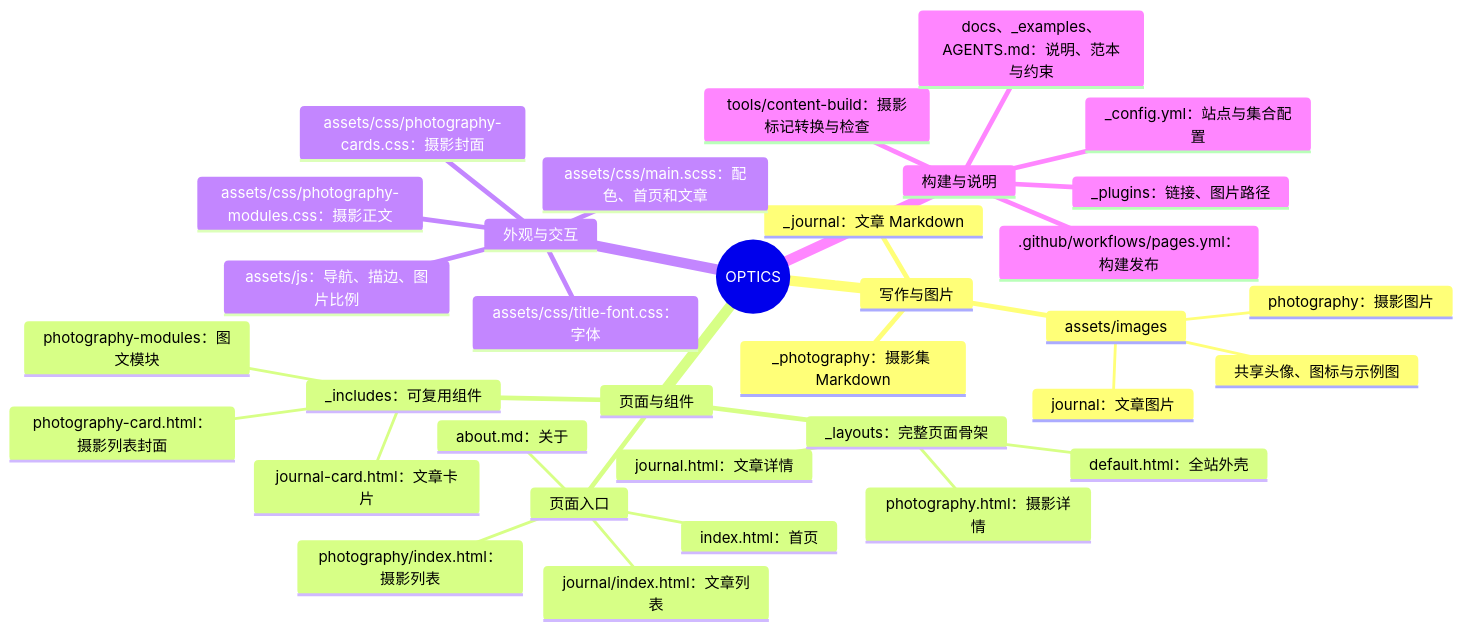
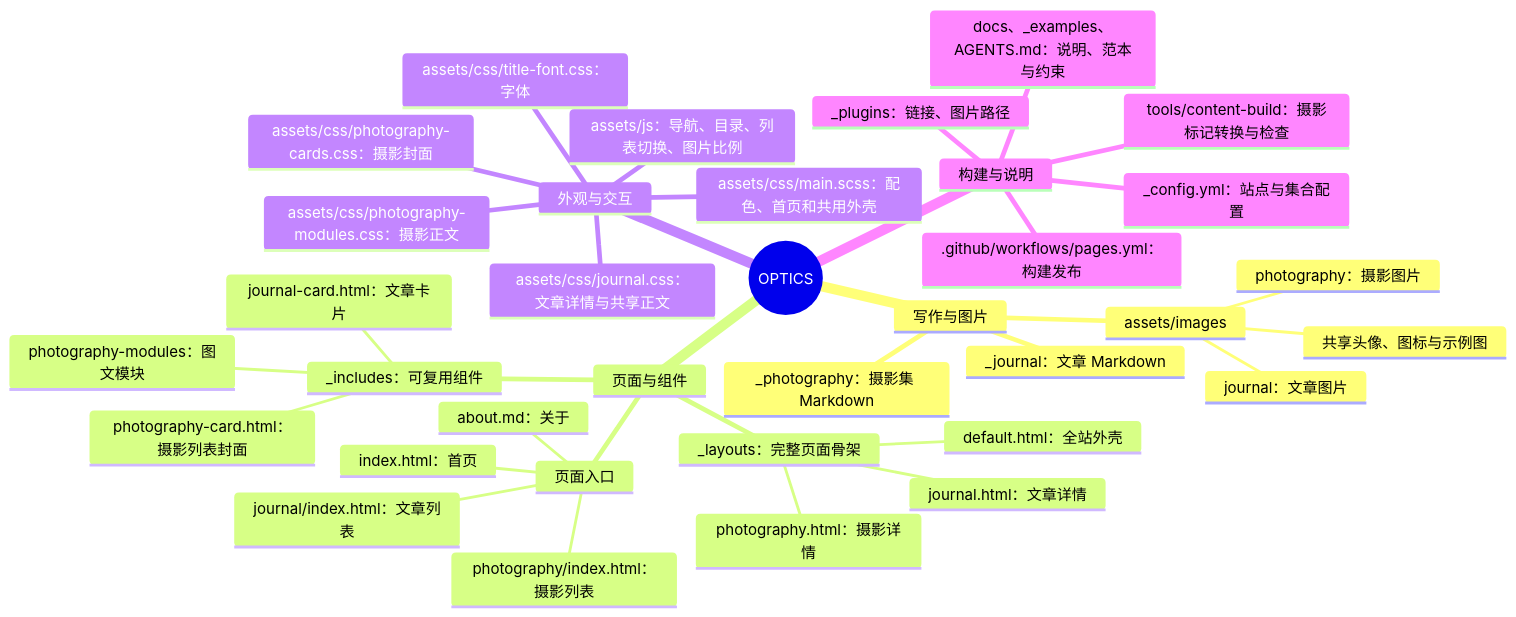
One commit to Vio1331/Vio1331.github.io changed the diagram in docs/CODE_MAP.md. Above: the diagram before and after it, drawn with Mermaid. The commit also changed other lines of this file and 36 other files, not shown here.

````diff
--- a/docs/CODE_MAP.md
+++ b/docs/CODE_MAP.md
@@ -5,37 +5,38 @@
 ```mermaid
 mindmap
   root((OPTICS))
     写作与图片
       _journal：文章 Markdown
       _photography：摄影集 Markdown
       assets/images
         journal：文章图片
         photography：摄影图片
         共享头像、图标与示例图
     页面与组件
       页面入口
         index.html：首页
         journal/index.html：文章列表
         photography/index.html：摄影列表
         about.md：关于
       _layouts：完整页面骨架
         default.html：全站外壳
         journal.html：文章详情
         photography.html：摄影详情
       _includes：可复用组件
         journal-card.html：文章卡片
         photography-card.html：摄影列表封面
         photography-modules：图文模块
     外观与交互
-      assets/css/main.scss：配色、首页和文章
+      assets/css/main.scss：配色、首页和共用外壳
+      assets/css/journal.css：文章详情与共享正文
       assets/css/title-font.css：字体
       assets/css/photography-cards.css：摄影封面
       assets/css/photography-modules.css：摄影正文
-      assets/js：导航、描边、图片比例
+      assets/js：导航、目录、列表切换、图片比例
     构建与说明
       _config.yml：站点与集合配置
       _plugins：链接、图片路径
       tools/content-build：摄影标记转换与检查
       .github/workflows/pages.yml：构建发布
       docs、_examples、AGENTS.md：说明、范本与约束
 ```
````
